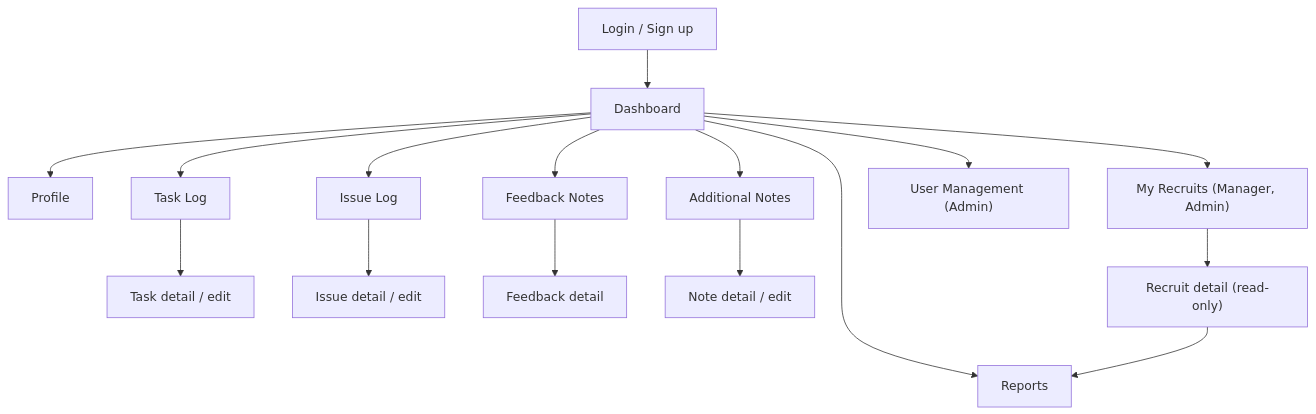
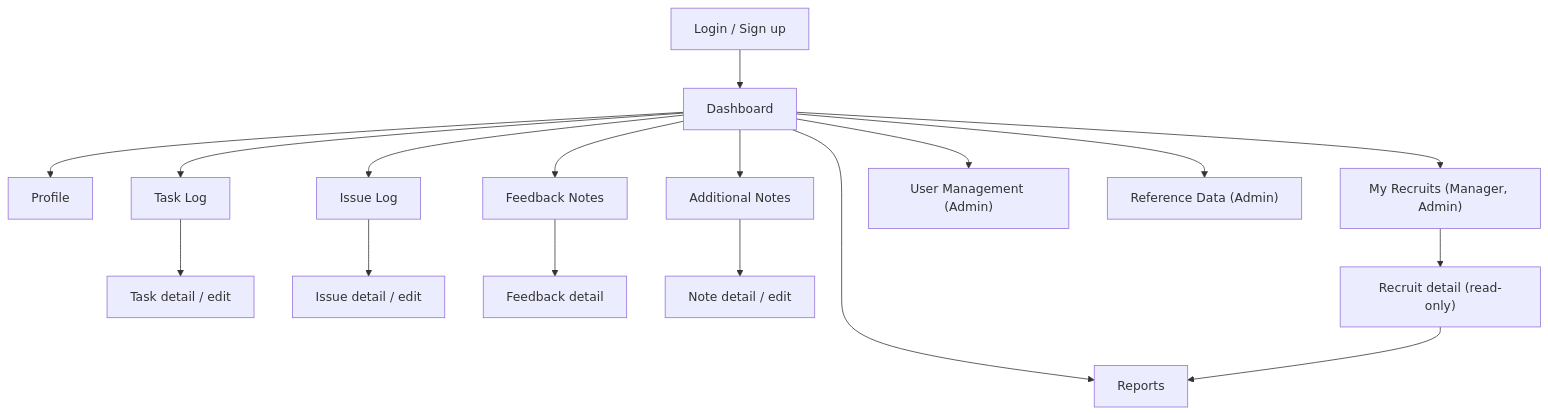
The second of 2 diagrams in REQUIREMENTS.md (codev-workshops/onboarding-diary), drawn with Mermaid before and after one commit. The commit also changed other lines of this file and 1 other file, not shown here.

Commit message:
Apply product-owner answers: read-only managers, admin-maintained categories and departments, coding blockers

````diff
--- a/REQUIREMENTS.md
+++ b/REQUIREMENTS.md
@@ -436,18 +493,19 @@
 ```mermaid
 flowchart TD
     L["Login / Sign up"] --> D["Dashboard"]
     D --> P["Profile"]
     D --> T["Task Log"]
     D --> I["Issue Log"]
     D --> F["Feedback Notes"]
     D --> N["Additional Notes"]
     D --> R["Reports"]
     D --> MR["My Recruits (Manager, Admin)"]
     D --> AU["User Management (Admin)"]
+    D --> AR["Reference Data (Admin)"]
     T --> TD["Task detail / edit"]
     I --> ID["Issue detail / edit"]
     F --> FD["Feedback detail"]
     N --> ND["Note detail / edit"]
     MR --> RD["Recruit detail (read-only)"]
     RD --> R
 ```
````
